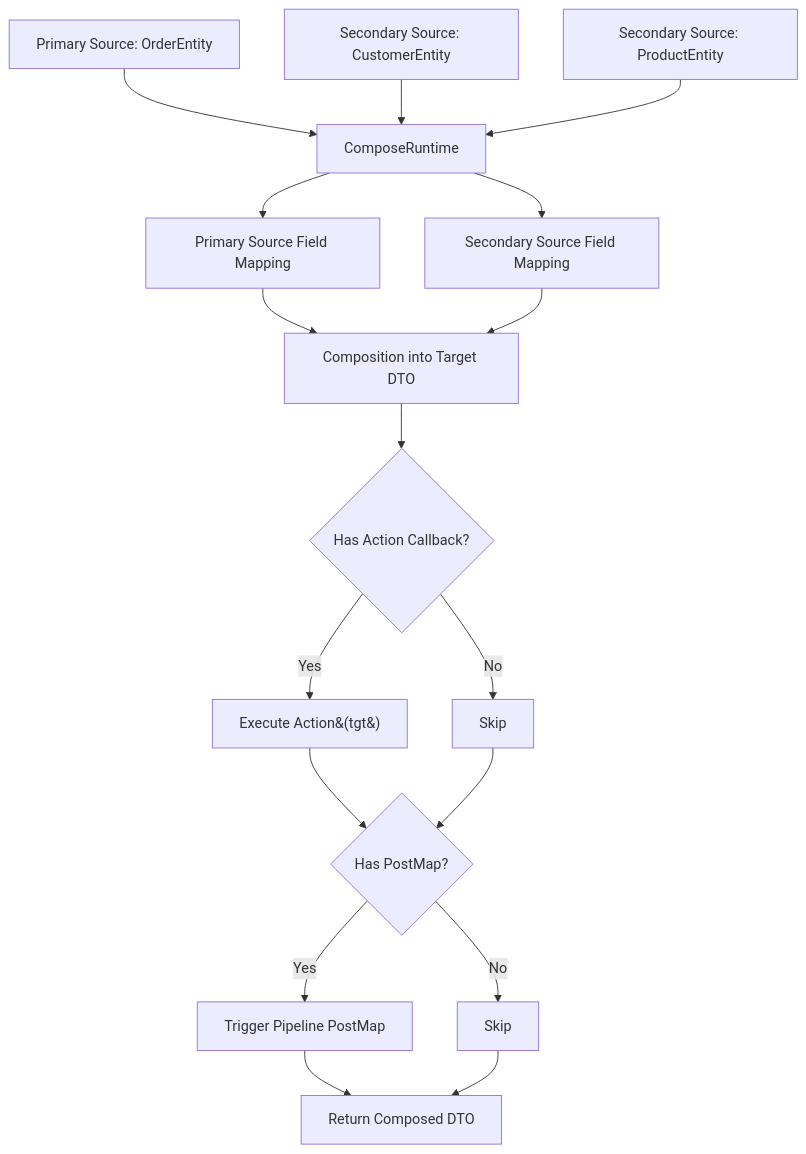
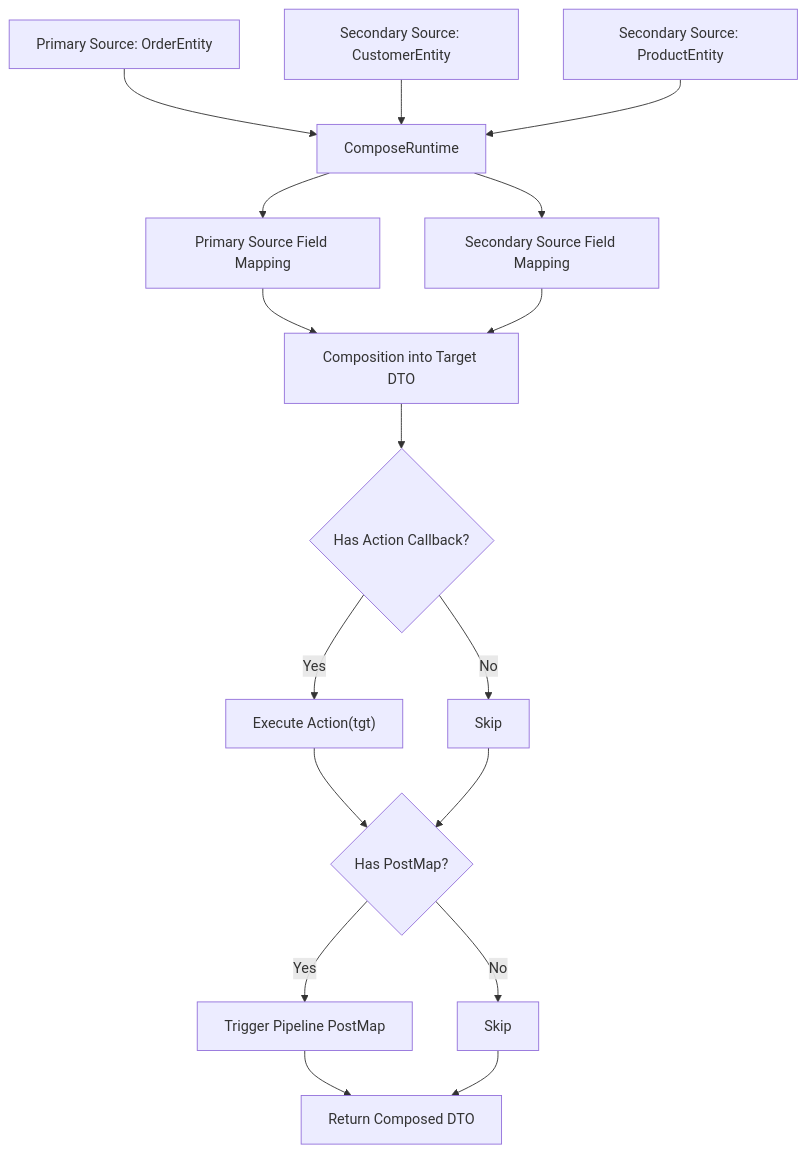
One commit to hchxxzx/NCMapper changed the diagram in docs/en-US/how-to/compose/compose.md. Above: the diagram before and after it, drawn with Mermaid. The commit also changed 8 other files, not shown here.

First line of the commit message:
fix(wiki): mermaid 标签改用引号包裹，修 4 处图表渲染失败

````diff
--- a/docs/en-US/how-to/compose/compose.md
+++ b/docs/en-US/how-to/compose/compose.md
@@ -71,19 +71,19 @@
 ```mermaid
 flowchart TD
     A[Primary Source: OrderEntity] --> D[ComposeRuntime]
     B[Secondary Source: CustomerEntity] --> D
     C[Secondary Source: ProductEntity] --> D
     D --> E[Primary Source Field Mapping]
     D --> F[Secondary Source Field Mapping]
     E --> G[Composition into Target DTO]
     F --> G
     G --> H{Has Action Callback?}
-    H -->|Yes| I[Execute Action&#40;tgt&#41;]
+    H -->|Yes| I["Execute Action(tgt)"]
     H -->|No| J[Skip]
     I --> K{Has PostMap?}
     J --> K
     K -->|Yes| L[Trigger Pipeline PostMap]
     K -->|No| M[Skip]
     L --> N[Return Composed DTO]
     M --> N
 ```
````
